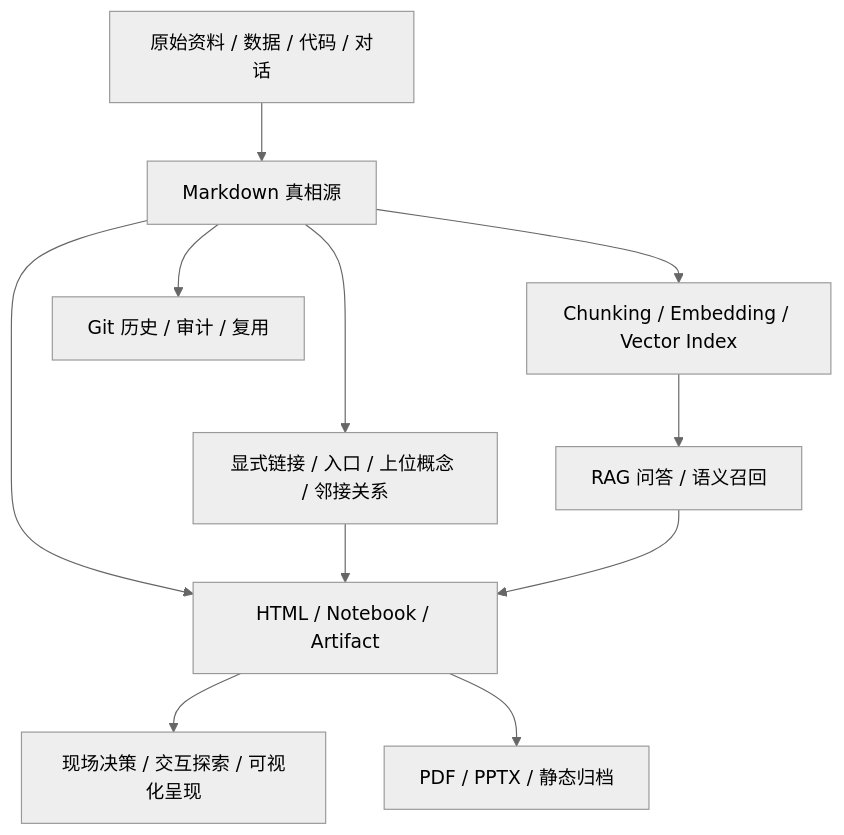
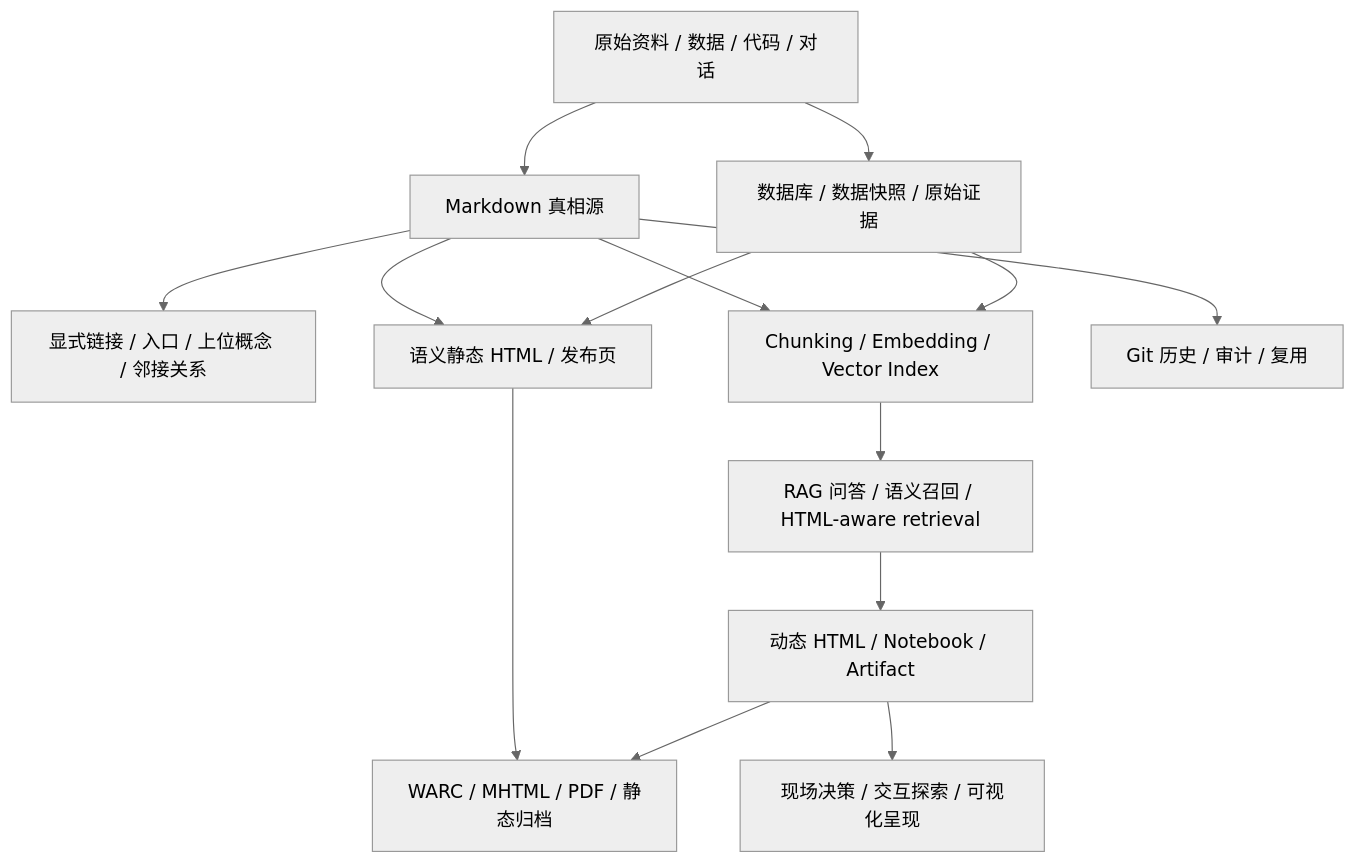
Before and after one commit to smartadpole/DocAgent: the diagram in articles/2026-06-05-ai-era-information-presentation-research.md, drawn with Mermaid (neutral theme). The commit also changed other lines of this file and 5 other files, not shown here.

````diff
--- a/articles/2026-06-05-ai-era-information-presentation-research.md
+++ b/articles/2026-06-05-ai-era-information-presentation-research.md
@@ -194,13 +270,16 @@
 ```mermaid
 flowchart TD
   A["原始资料 / 数据 / 代码 / 对话"] --> B["Markdown 真相源"]
-  B --> C["显式链接 / 入口 / 上位概念 / 邻接关系"]
-  B --> D["Chunking / Embedding / Vector Index"]
-  D --> E["RAG 问答 / 语义召回"]
-  B --> F["HTML / Notebook / Artifact"]
-  C --> F
-  E --> F
-  F --> G["现场决策 / 交互探索 / 可视化呈现"]
-  F --> H["PDF / PPTX / 静态归档"]
-  B --> I["Git 历史 / 审计 / 复用"]
+  A --> C["数据库 / 数据快照 / 原始证据"]
+  B --> D["显式链接 / 入口 / 上位概念 / 邻接关系"]
+  B --> E["Chunking / Embedding / Vector Index"]
+  C --> E
+  E --> F["RAG 问答 / 语义召回 / HTML-aware retrieval"]
+  B --> G["语义静态 HTML / 发布页"]
+  C --> G
+  F --> H["动态 HTML / Notebook / Artifact"]
+  G --> I["WARC / MHTML / PDF / 静态归档"]
+  H --> I
+  H --> J["现场决策 / 交互探索 / 可视化呈现"]
+  B --> K["Git 历史 / 审计 / 复用"]
 ```
````
